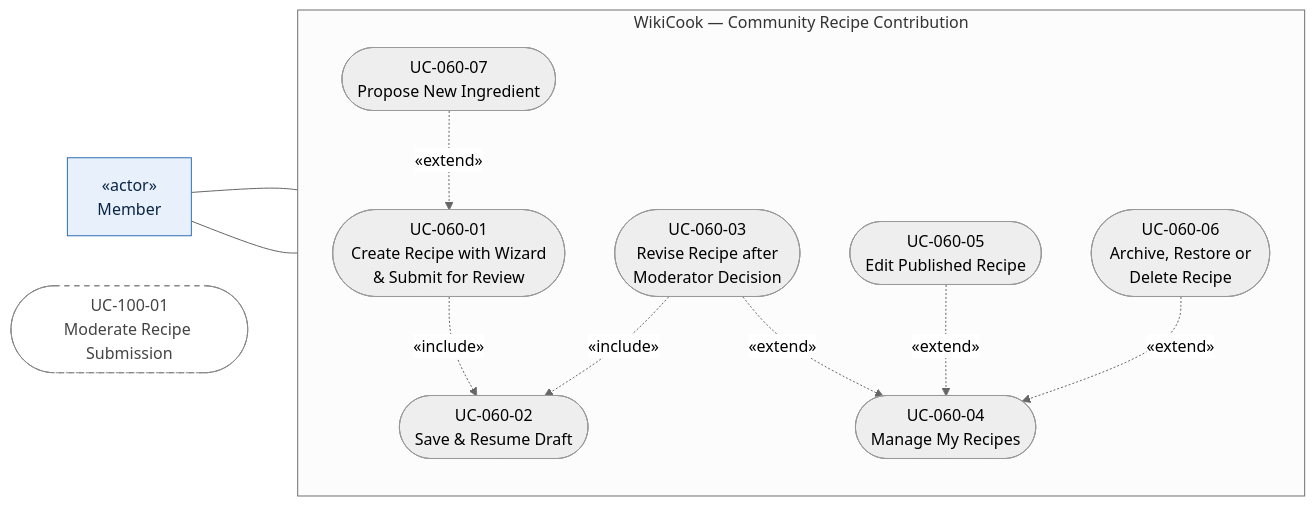
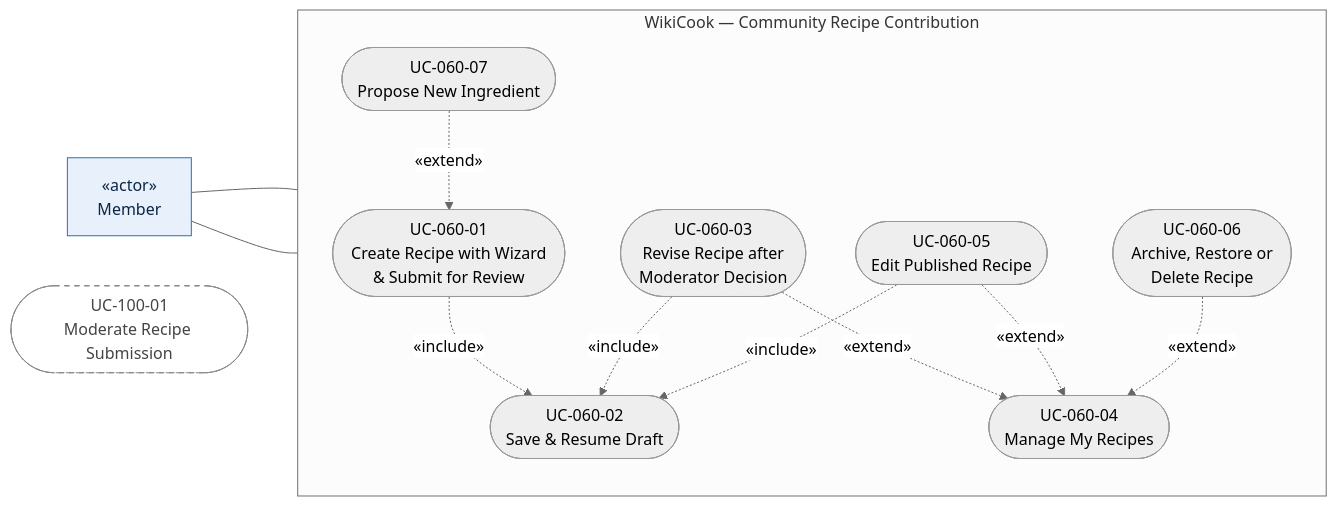
The eighth of 13 diagrams in docs/requirements/use-case-model.md (ThanhDu14/WikiCook), drawn with Mermaid (neutral theme) before and after one commit. The commit also changed other lines of this file, not shown here.

````diff
--- a/docs/requirements/use-case-model.md
+++ b/docs/requirements/use-case-model.md
@@ -396,33 +397,34 @@
 ```mermaid
 flowchart LR
     MEMBER["«actor»<br/>Member"]
 
     subgraph SYS["WikiCook — Community Recipe Contribution"]
         direction TB
         UC060_01(["UC-060-01<br/>Create Recipe with Wizard<br/>& Submit for Review"])
         UC060_02(["UC-060-02<br/>Save & Resume Draft"])
         UC060_07(["UC-060-07<br/>Propose New Ingredient"])
         UC060_04(["UC-060-04<br/>Manage My Recipes"])
         UC060_03(["UC-060-03<br/>Revise Recipe after<br/>Moderator Decision"])
         UC060_05(["UC-060-05<br/>Edit Published Recipe"])
         UC060_06(["UC-060-06<br/>Archive, Restore or<br/>Delete Recipe"])
     end
 
     UC100_01(["UC-100-01<br/>Moderate Recipe Submission"])
 
     MEMBER --- UC060_01
     MEMBER --- UC060_04
 
     UC060_01 -. "«include»" .-> UC060_02
     UC060_07 -. "«extend»" .-> UC060_01
     UC060_03 -. "«extend»" .-> UC060_04
     UC060_05 -. "«extend»" .-> UC060_04
     UC060_06 -. "«extend»" .-> UC060_04
     UC060_03 -. "«include»" .-> UC060_02
+    UC060_05 -. "«include»" .-> UC060_02
 
     classDef actor fill:#e8f1fb,stroke:#2f6db5,color:#0b2545
     classDef external fill:#ffffff,stroke:#888888,stroke-dasharray:5 5,color:#444444
     class MEMBER actor
     class UC100_01 external
     UC100_01 ~~~ UC060_03
 ```
````
